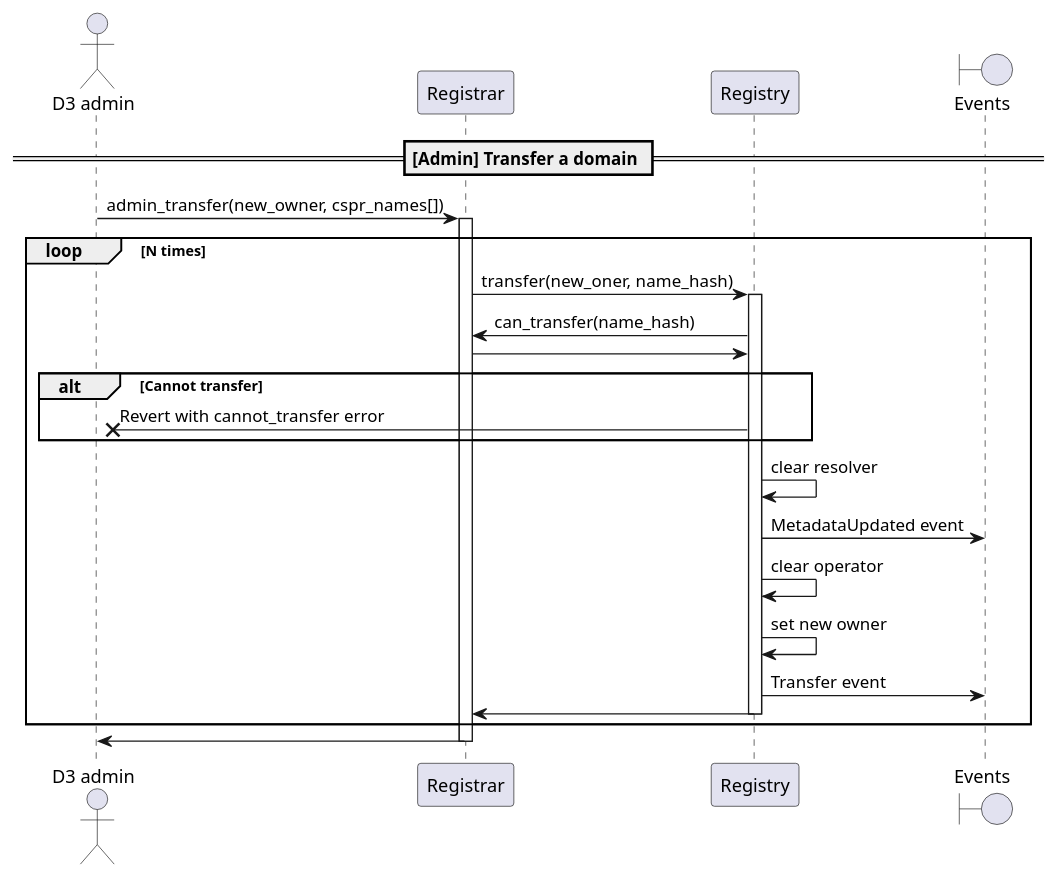
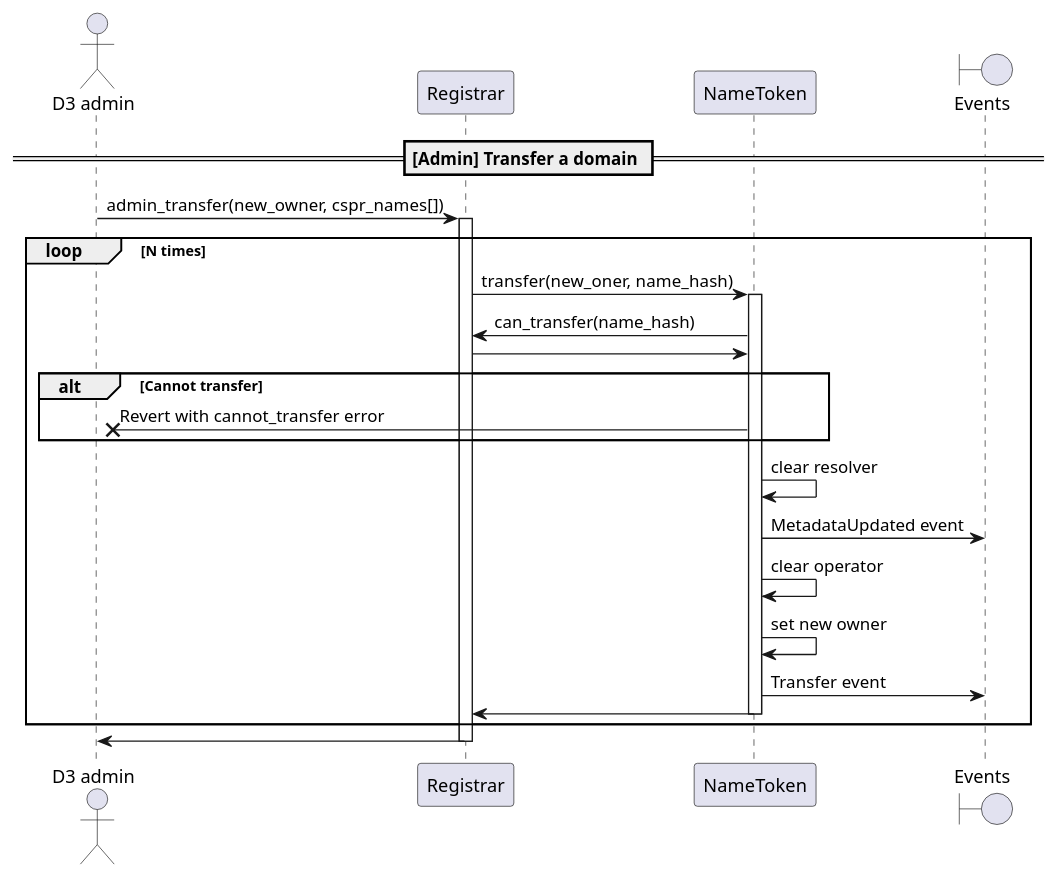
Before and after one commit to make-software/cspr-name-contracts: the diagram in docs/sequence-diagrams/puml/admin-transfer-domain.puml, drawn with PlantUML. The commit also changed 13 other files, not shown here.

Commit message:
Renamed Registry contract with NameToken in the sequence diagrams.

```diff
--- a/docs/sequence-diagrams/puml/admin-transfer-domain.puml
+++ b/docs/sequence-diagrams/puml/admin-transfer-domain.puml
@@ -1,33 +1,33 @@
 @startuml
 'https://plantuml.com/sequence-diagram
 
 'autonumber
 actor "D3 admin"
 participant "Registrar"
-participant "Registry"
+participant "NameToken"
 boundary "Events"
 
 == [Admin] Transfer a domain ==
 
 "D3 admin" -> "Registrar": admin_transfer(new_owner, cspr_names[])
 activate Registrar
 loop N times
-    Registrar -> Registry: transfer(new_oner, name_hash)
-    activate Registry
-    Registry -> Registrar: can_transfer(name_hash)
-    Registrar -> Registry
+    Registrar -> NameToken: transfer(new_oner, name_hash)
+    activate NameToken
+    NameToken -> Registrar: can_transfer(name_hash)
+    Registrar -> NameToken
     alt Cannot transfer
-        Registry ->X "D3 admin": Revert with cannot_transfer error
+        NameToken ->X "D3 admin": Revert with cannot_transfer error
     end
-    Registry -> Registry: clear resolver
-    Registry -> "Events": MetadataUpdated event
-    Registry -> Registry: clear operator
-    Registry -> Registry : set new owner
-    Registry -> "Events": Transfer event
-    Registry -> Registrar
-    deactivate Registry
+    NameToken -> NameToken: clear resolver
+    NameToken -> "Events": MetadataUpdated event
+    NameToken -> NameToken: clear operator
+    NameToken -> NameToken : set new owner
+    NameToken -> "Events": Transfer event
+    NameToken -> Registrar
+    deactivate NameToken
 end
 Registrar -> "D3 admin"
 deactivate Registrar
 
 @enduml
```
